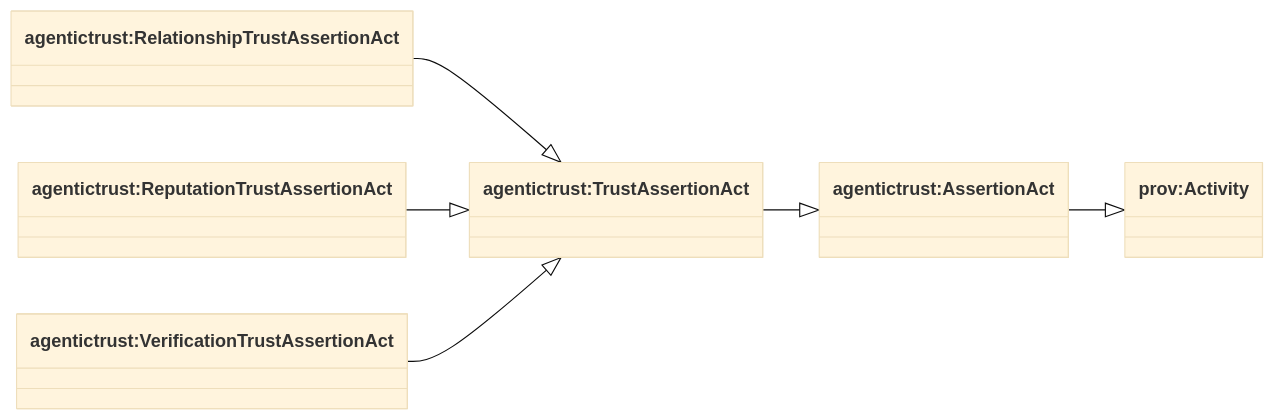
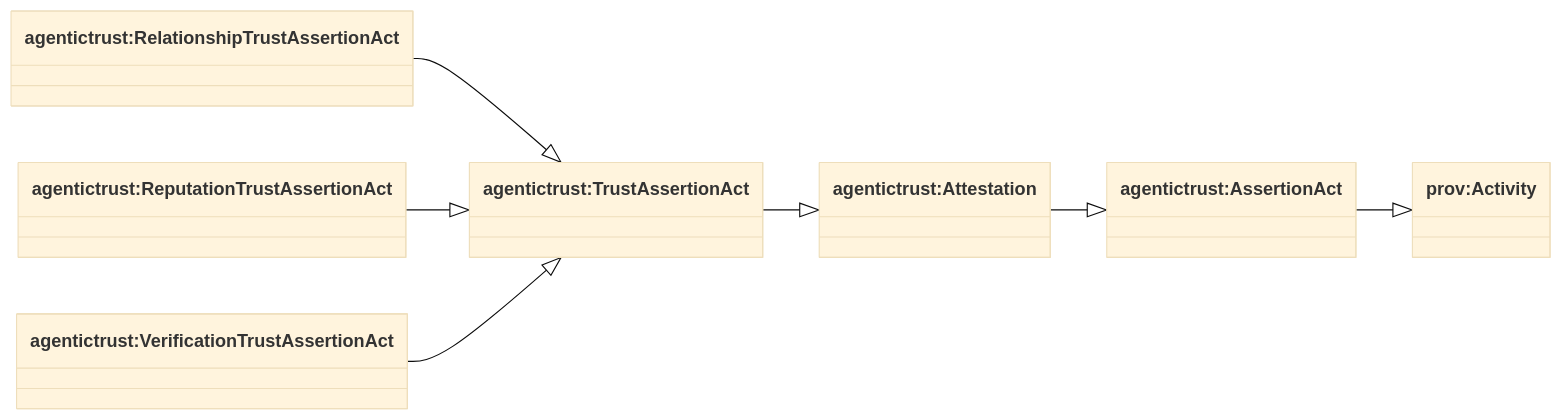
The second of 9 diagrams in docs/ontology/situation.md (Agentic-Trust-Layer/agent-explorer), drawn with Mermaid (base theme) before and after one commit. The commit also changed 6 other files, not shown here.

````diff
--- a/docs/ontology/situation.md
+++ b/docs/ontology/situation.md
@@ -65,17 +65,19 @@
 ```mermaid
 classDiagram
 direction LR
 
 class provActivity["prov:Activity"]
 class AssertionAct["agentictrust:AssertionAct"]
+class Attestation["agentictrust:Attestation"]
 class TrustAssertionAct["agentictrust:TrustAssertionAct"]
 class RelationshipAssertionAct["agentictrust:RelationshipTrustAssertionAct"]
 class ReputationAssertionAct["agentictrust:ReputationTrustAssertionAct"]
 class VerificationAssertionAct["agentictrust:VerificationTrustAssertionAct"]
 
 AssertionAct --|> provActivity
-TrustAssertionAct --|> AssertionAct
+Attestation --|> AssertionAct
+TrustAssertionAct --|> Attestation
 RelationshipAssertionAct --|> TrustAssertionAct
 ReputationAssertionAct --|> TrustAssertionAct
 VerificationAssertionAct --|> TrustAssertionAct
 ```
````
